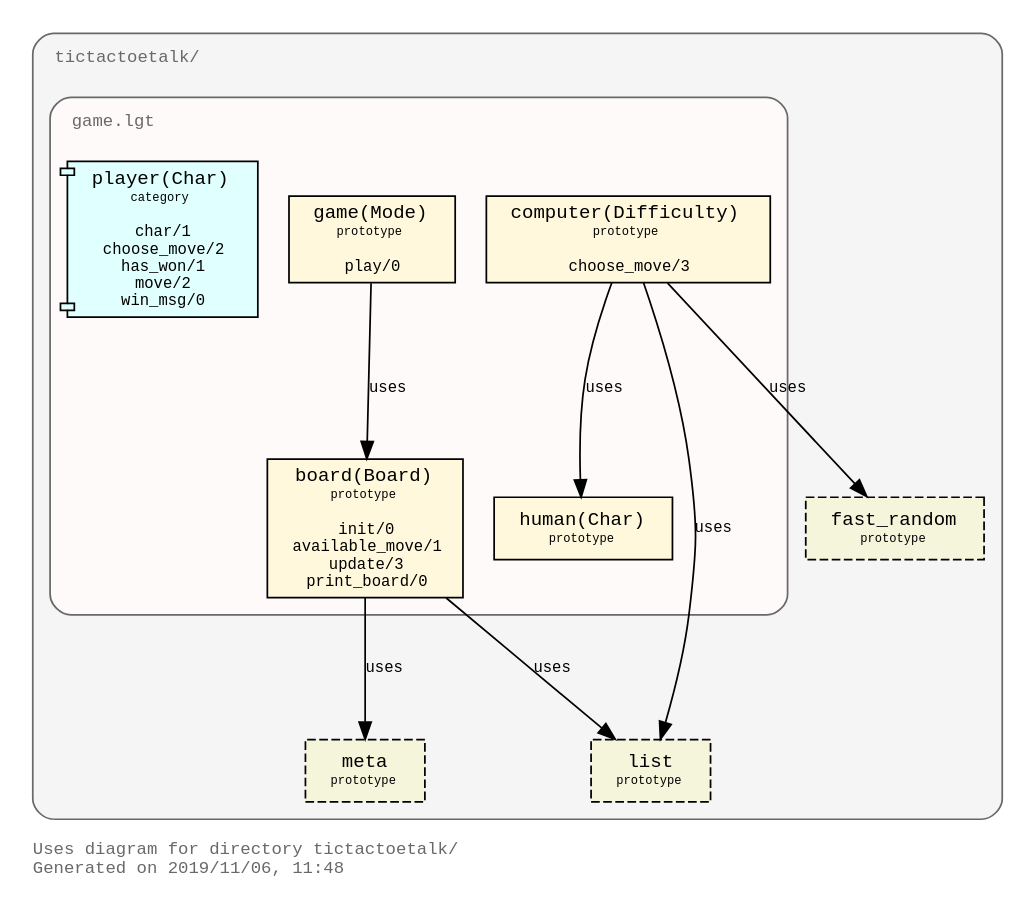
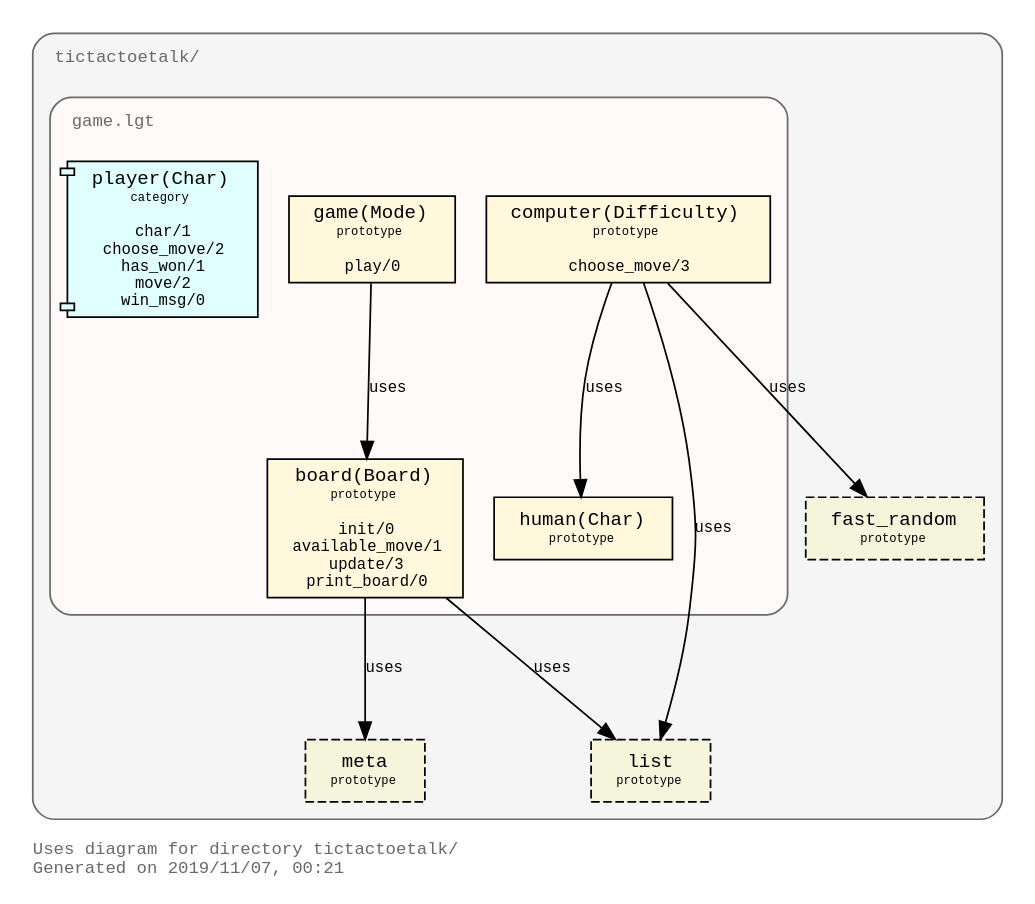
Before and after one commit to PaulBrownMagic/TicTacToeTalk: the diagram in design/tictactoetalk_uses_diagram.dot, drawn with Graphviz. The commit also changed 15 other files, not shown here.

Commit message:
Updated graphviz diagrams

```diff
--- a/design/tictactoetalk_uses_diagram.dot
+++ b/design/tictactoetalk_uses_diagram.dot
@@ -1,57 +1,57 @@
 digraph "tictactoetalk" {
 rankdir="TB"
 ranksep="1.0"
 compound="true"
 splines="true"
 pack="true"
 clusterrank="local"
 labeljust="l"
 margin="1.0"
 fontname="Courier"
 fontsize="10"
 fontcolor="dimgray"
 pencolor="dimgray"
 node [shape="ellipse",style="filled",fillcolor="white",fontname="Courier",fontsize="9"]
 edge [fontname="Courier",fontsize="9"]
-label="Uses diagram for directory tictactoetalk/\lGenerated on 2019/11/06, 11:48\l"
+label="Uses diagram for directory tictactoetalk/\lGenerated on 2019/11/07, 00:21\l"
 
 subgraph "cluster_directory_tictactoetalk" {
 bgcolor="whitesmoke"
 style="rounded"
 margin="10"
 label=<<TABLE border="0" cellborder="0"><TR><TD tooltip="tictactoetalk/">tictactoetalk/</TD></TR></TABLE>>
 tooltip="tictactoetalk/"
 subgraph "cluster_file_/home/paul/Development/tictactoetalk/loader.lgt" {
 bgcolor="snow"
 style="rounded"
 margin="10"
 label=<<TABLE border="0" cellborder="0"><TR><TD tooltip="tictactoetalk/loader.lgt">loader.lgt</TD></TR></TABLE>>
 tooltip="tictactoetalk/loader.lgt"
 }
 
 subgraph "cluster_file_/home/paul/Development/tictactoetalk/game.lgt" {
 bgcolor="snow"
 style="rounded"
 margin="10"
 label=<<TABLE border="0" cellborder="0"><TR><TD tooltip="tictactoetalk/game.lgt">game.lgt</TD></TR></TABLE>>
 tooltip="tictactoetalk/game.lgt"
 "board(Board)" [shape="box",tooltip="prototype",style="filled",fillcolor="cornsilk",label=<<TABLE border="0" cellborder="0" cellspacing="0" cellpadding="0"><TR><TD> </TD><TD><FONT POINT-SIZE="11">board(Board)</FONT></TD><TD> </TD></TR><TR><TD> </TD><TD><FONT POINT-SIZE="7">prototype</FONT></TD><TD> </TD></TR><TR><TD> </TD></TR><TR><TD> </TD><TD>init/0</TD><TD> </TD></TR><TR><TD> </TD><TD>available_move/1</TD><TD> </TD></TR><TR><TD> </TD><TD>update/3</TD><TD> </TD></TR><TR><TD> </TD><TD>print_board/0</TD><TD> </TD></TR></TABLE>>]
 "human(Char)" [shape="box",tooltip="prototype",style="filled",fillcolor="cornsilk",label=<<TABLE border="0" cellborder="0" cellspacing="0" cellpadding="0"><TR><TD> </TD><TD><FONT POINT-SIZE="11">human(Char)</FONT></TD><TD> </TD></TR><TR><TD> </TD><TD><FONT POINT-SIZE="7">prototype</FONT></TD><TD> </TD></TR></TABLE>>]
 "computer(Difficulty)" [shape="box",tooltip="prototype",style="filled",fillcolor="cornsilk",label=<<TABLE border="0" cellborder="0" cellspacing="0" cellpadding="0"><TR><TD> </TD><TD><FONT POINT-SIZE="11">computer(Difficulty)</FONT></TD><TD> </TD></TR><TR><TD> </TD><TD><FONT POINT-SIZE="7">prototype</FONT></TD><TD> </TD></TR><TR><TD> </TD></TR><TR><TD> </TD><TD>choose_move/3</TD><TD> </TD></TR></TABLE>>]
 "game(Mode)" [shape="box",tooltip="prototype",style="filled",fillcolor="cornsilk",label=<<TABLE border="0" cellborder="0" cellspacing="0" cellpadding="0"><TR><TD> </TD><TD><FONT POINT-SIZE="11">game(Mode)</FONT></TD><TD> </TD></TR><TR><TD> </TD><TD><FONT POINT-SIZE="7">prototype</FONT></TD><TD> </TD></TR><TR><TD> </TD></TR><TR><TD> </TD><TD>play/0</TD><TD> </TD></TR></TABLE>>]
 "player(Char)" [shape="component",tooltip="category",style="filled",fillcolor="lightcyan",label=<<TABLE border="0" cellborder="0" cellspacing="0" cellpadding="0"><TR><TD> </TD><TD><FONT POINT-SIZE="11">player(Char)</FONT></TD><TD> </TD></TR><TR><TD> </TD><TD><FONT POINT-SIZE="7">category</FONT></TD><TD> </TD></TR><TR><TD> </TD></TR><TR><TD> </TD><TD>char/1</TD><TD> </TD></TR><TR><TD> </TD><TD>choose_move/2</TD><TD> </TD></TR><TR><TD> </TD><TD>has_won/1</TD><TD> </TD></TR><TR><TD> </TD><TD>move/2</TD><TD> </TD></TR><TR><TD> </TD><TD>win_msg/0</TD><TD> </TD></TR></TABLE>>]
 }
 
 "list" [shape="box",tooltip="prototype",style="filled,dashed",fillcolor="beige",label=<<TABLE border="0" cellborder="0" cellspacing="0" cellpadding="0"><TR><TD> </TD><TD><FONT POINT-SIZE="11">list</FONT></TD><TD> </TD></TR><TR><TD> </TD><TD><FONT POINT-SIZE="7">prototype</FONT></TD><TD> </TD></TR></TABLE>>]
 "meta" [shape="box",tooltip="prototype",style="filled,dashed",fillcolor="beige",label=<<TABLE border="0" cellborder="0" cellspacing="0" cellpadding="0"><TR><TD> </TD><TD><FONT POINT-SIZE="11">meta</FONT></TD><TD> </TD></TR><TR><TD> </TD><TD><FONT POINT-SIZE="7">prototype</FONT></TD><TD> </TD></TR></TABLE>>]
 "fast_random" [shape="box",tooltip="prototype",style="filled,dashed",fillcolor="beige",label=<<TABLE border="0" cellborder="0" cellspacing="0" cellpadding="0"><TR><TD> </TD><TD><FONT POINT-SIZE="11">fast_random</FONT></TD><TD> </TD></TR><TR><TD> </TD><TD><FONT POINT-SIZE="7">prototype</FONT></TD><TD> </TD></TR></TABLE>>]
 "list" [shape="box",tooltip="prototype",style="filled,dashed",fillcolor="beige",label=<<TABLE border="0" cellborder="0" cellspacing="0" cellpadding="0"><TR><TD> </TD><TD><FONT POINT-SIZE="11">list</FONT></TD><TD> </TD></TR><TR><TD> </TD><TD><FONT POINT-SIZE="7">prototype</FONT></TD><TD> </TD></TR></TABLE>>]
 "board(Board)" -> "list" [arrowhead="normal",labeltooltip="uses",label=<uses>]
 "board(Board)" -> "meta" [arrowhead="normal",labeltooltip="uses",label=<uses>]
 "computer(Difficulty)" -> "human(Char)" [arrowhead="normal",labeltooltip="uses",label=<uses>]
 "computer(Difficulty)" -> "fast_random" [arrowhead="normal",labeltooltip="uses",label=<uses>]
 "computer(Difficulty)" -> "list" [arrowhead="normal",labeltooltip="uses",label=<uses>]
 "game(Mode)" -> "board(Board)" [arrowhead="normal",labeltooltip="uses",label=<uses>]
 }
 
 }
```
